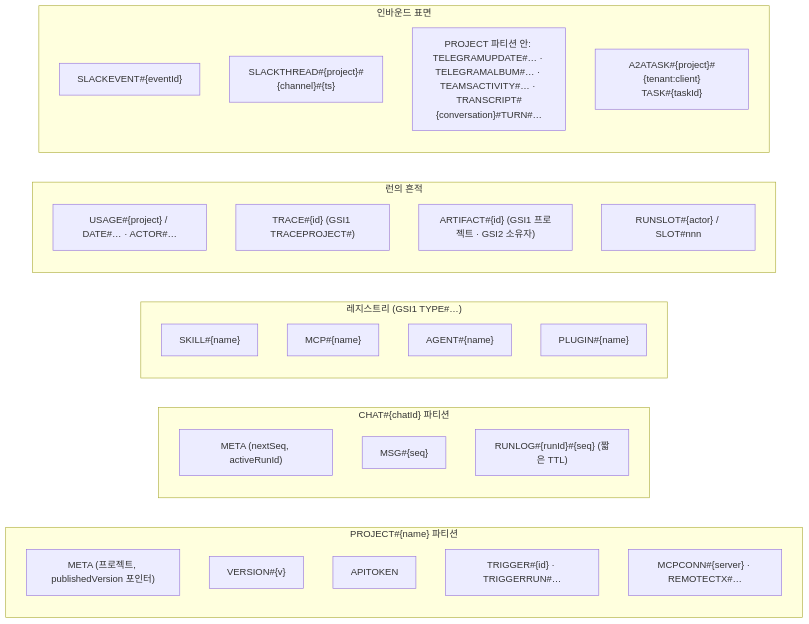
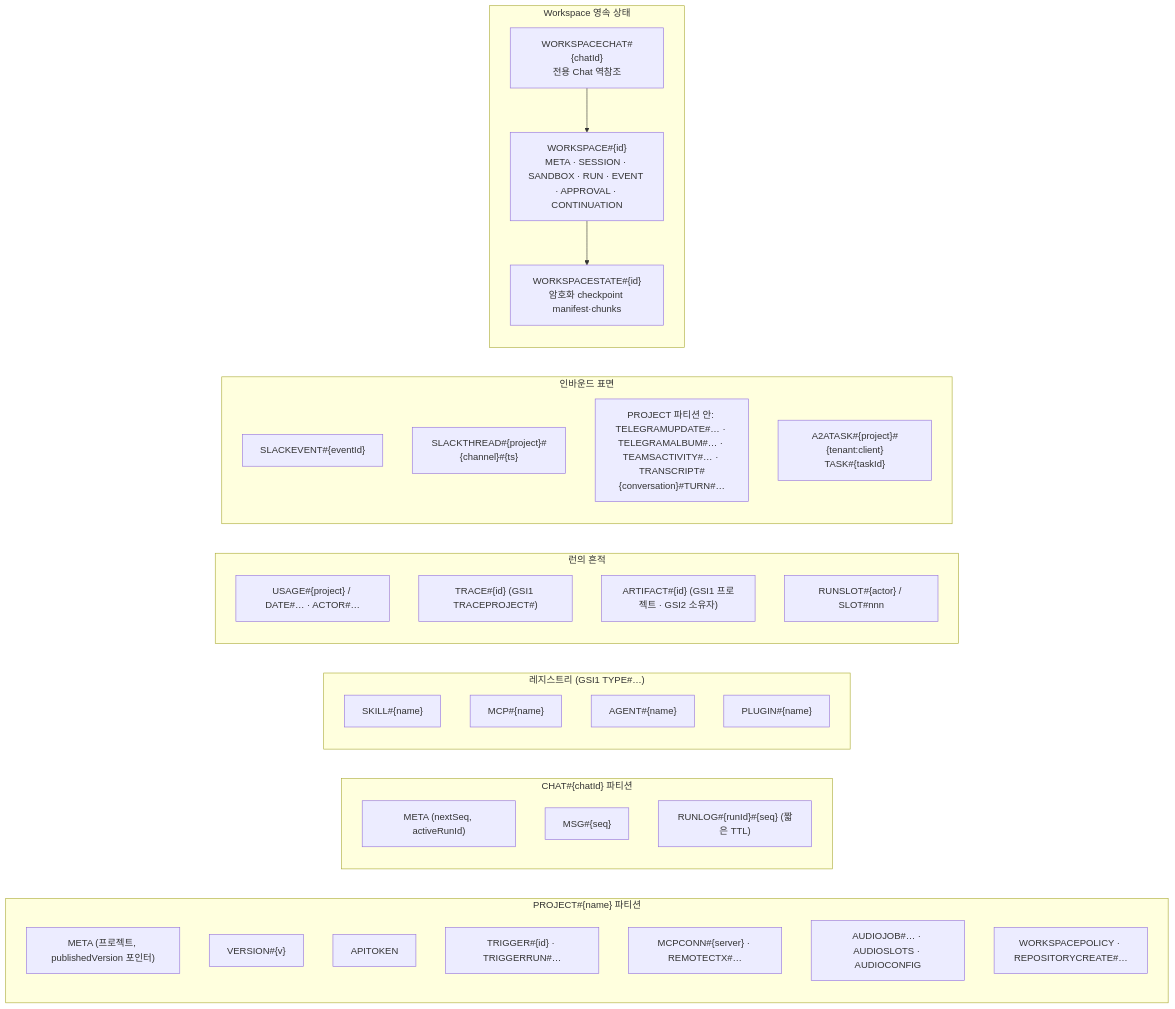
Before and after one commit to opspresso/agent-studio: the seventh of 9 diagrams in docs/DIAGRAMS.md, drawn with Mermaid. The commit also changed other lines of this file and 27 other files, not shown here.

````diff
--- a/docs/DIAGRAMS.md
+++ b/docs/DIAGRAMS.md
@@ -230,33 +235,42 @@
 ```mermaid
 flowchart LR
   subgraph project["PROJECT#{name} 파티션"]
     meta["META (프로젝트, publishedVersion 포인터)"]
     ver["VERSION#{v}"]
     tok["APITOKEN"]
     trig["TRIGGER#{id} · TRIGGERRUN#…"]
     conn["MCPCONN#{server} · REMOTECTX#…"]
+    jobs["AUDIOJOB#… · AUDIOSLOTS · AUDIOCONFIG"]
+    policy["WORKSPACEPOLICY · REPOSITORYCREATE#…"]
   end
   subgraph chat["CHAT#{chatId} 파티션"]
     cmeta["META (nextSeq, activeRunId)"]
     msg["MSG#{seq}"]
     runlog["RUNLOG#{runId}#{seq} (짧은 TTL)"]
   end
   subgraph registry["레지스트리 (GSI1 TYPE#…)"]
     skill["SKILL#{name}"]
     mcp["MCP#{name}"]
     agent["AGENT#{name}"]
     plugin["PLUGIN#{name}"]
   end
   subgraph runs["런의 흔적"]
     usage["USAGE#{project} / DATE#… · ACTOR#…"]
     trace["TRACE#{id} (GSI1 TRACEPROJECT#)"]
     artifact["ARTIFACT#{id} (GSI1 프로젝트 · GSI2 소유자)"]
     slot["RUNSLOT#{actor} / SLOT#nnn"]
   end
   subgraph inbound["인바운드 표면"]
     sev["SLACKEVENT#{eventId}"]
     sthread["SLACKTHREAD#{project}#{channel}#{ts}"]
     transcript["PROJECT 파티션 안: TELEGRAMUPDATE#… · TELEGRAMALBUM#… · TEAMSACTIVITY#… · TRANSCRIPT#{conversation}#TURN#…"]
     a2atask["A2ATASK#{project}#{tenant:client}<br/>TASK#{taskId}"]
   end
+  subgraph workspace["Workspace 영속 상태"]
+    ws["WORKSPACE#{id}<br/>META · SESSION · SANDBOX · RUN · EVENT · APPROVAL · CONTINUATION"]
+    cp["WORKSPACESTATE#{id}<br/>암호화 checkpoint manifest·chunks"]
+    mapping["WORKSPACECHAT#{chatId}<br/>전용 Chat 역참조"]
+    ws --> cp
+    mapping --> ws
+  end
 ```
````
